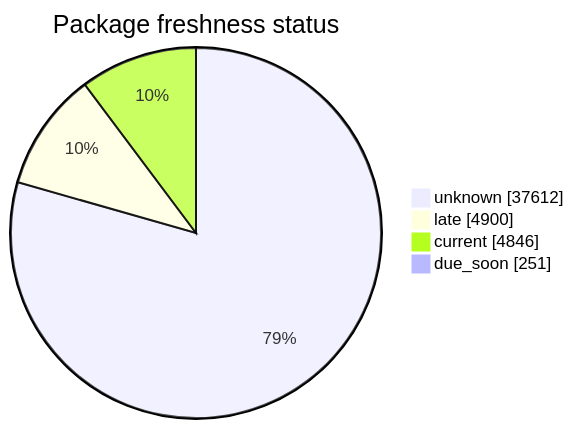
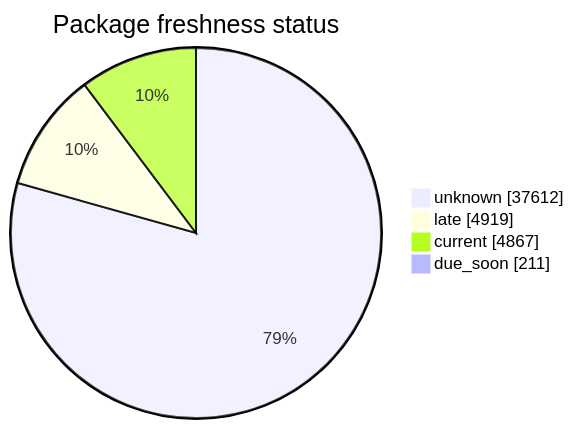
Before and after one commit to open-data/analytics-corporate-reporting: the second of 5 diagrams in FreshCheck/README.md, drawn with Mermaid. The commit also changed other lines of this file and 3 other files, not shown here.

````diff
--- a/FreshCheck/README.md
+++ b/FreshCheck/README.md
@@ -68,7 +68,7 @@
 ```mermaid
 pie showData title Package freshness status
     "unknown": 37612
-    "late": 4900
-    "current": 4846
-    "due_soon": 251
+    "late": 4919
+    "current": 4867
+    "due_soon": 211
 ```
````
